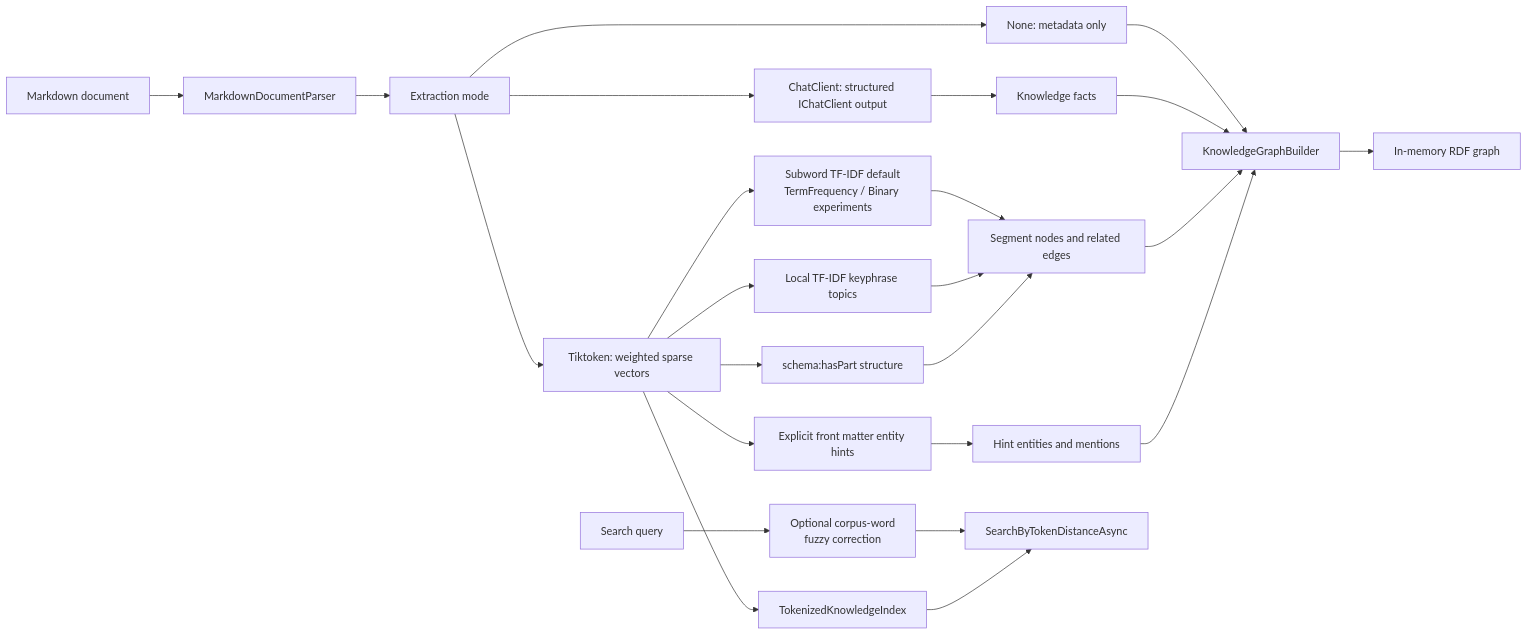
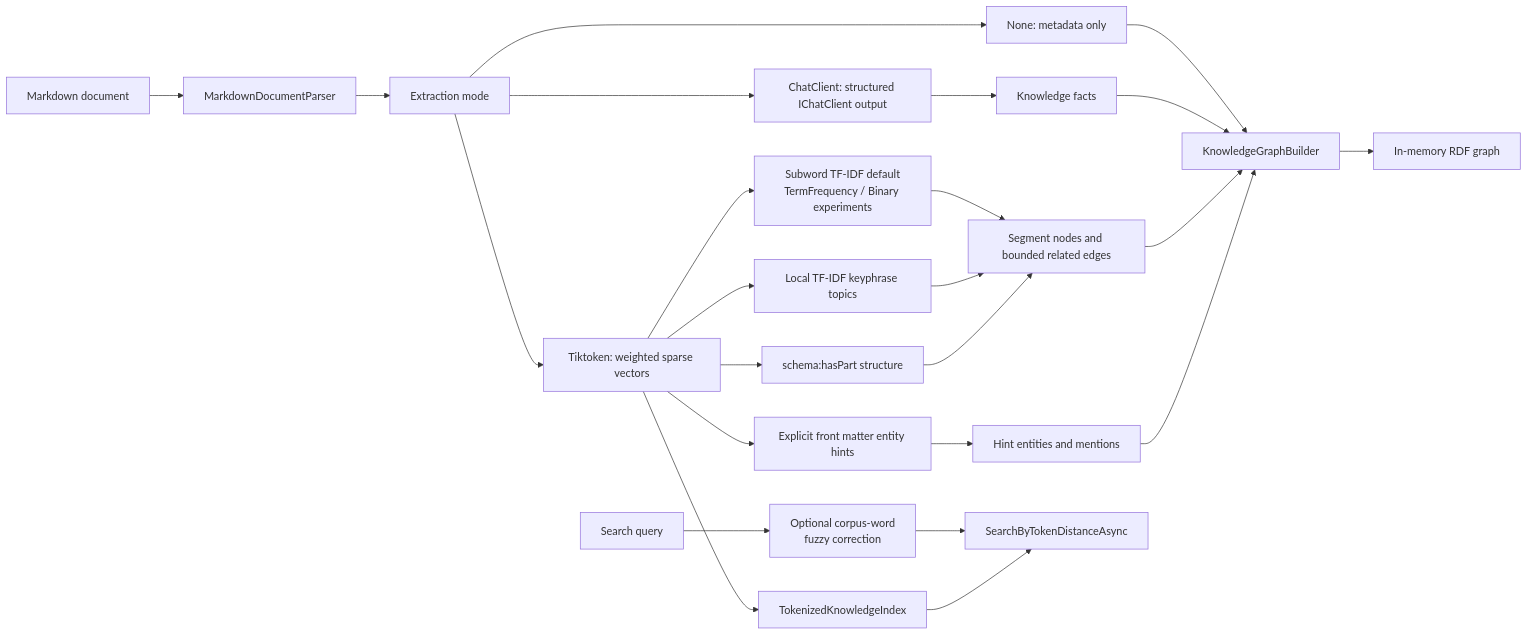
The diagram in docs/ADR/ADR-0003-tiktoken-extraction-mode.md (managedcode/markdown-ld-kb), drawn with Mermaid before and after one commit. The commit also changed other lines of this file and 21 other files, not shown here.

````diff
--- a/docs/ADR/ADR-0003-tiktoken-extraction-mode.md
+++ b/docs/ADR/ADR-0003-tiktoken-extraction-mode.md
@@ -56,26 +56,26 @@
 ```mermaid
 flowchart LR
     Markdown["Markdown document"] --> Parser["MarkdownDocumentParser"]
     Parser --> Mode["Extraction mode"]
     Mode --> None["None: metadata only"]
     Mode --> Chat["ChatClient: structured IChatClient output"]
     Mode --> Token["Tiktoken: weighted sparse vectors"]
     Token --> Weighting["Subword TF-IDF default\nTermFrequency / Binary experiments"]
     Token --> Topics["Local TF-IDF keyphrase topics"]
     Token --> Hints["Explicit front matter entity hints"]
     Token --> Structure["schema:hasPart structure"]
     Chat --> Facts["Knowledge facts"]
-    Weighting --> Segments["Segment nodes and related edges"]
+    Weighting --> Segments["Segment nodes and bounded related edges"]
     Topics --> Segments
     Hints --> HintFacts["Hint entities and mentions"]
     Structure --> Segments
     None --> Builder["KnowledgeGraphBuilder"]
     Facts --> Builder
     Segments --> Builder
     HintFacts --> Builder
     Builder --> Graph["In-memory RDF graph"]
     Token --> Index["TokenizedKnowledgeIndex"]
     Query["Search query"] --> Fuzzy["Optional corpus-word\nfuzzy correction"]
     Fuzzy --> Search["SearchByTokenDistanceAsync"]
     Index --> Search
 ```
````
